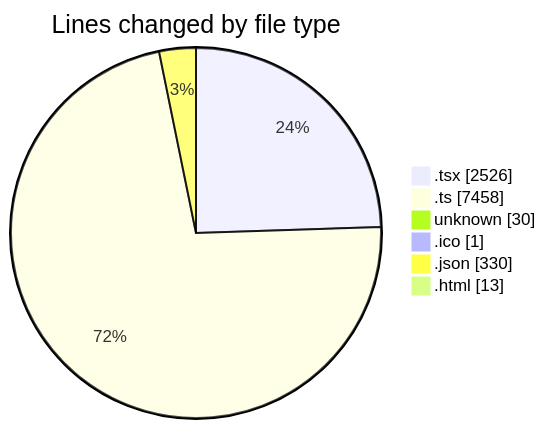
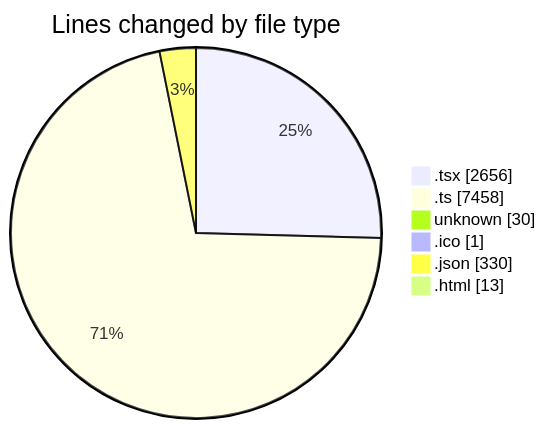
Before and after one commit to JenPaints/code-tracking: the first of 2 diagrams in 2025-06-20/modeljsondesigner/README.md, drawn with Mermaid. The commit also changed other lines of this file and 1 other file, not shown here.

````diff
--- a/2025-06-20/modeljsondesigner/README.md
+++ b/2025-06-20/modeljsondesigner/README.md
@@ -34,10 +34,10 @@
 ```mermaid
 pie showData
 title Lines changed by file type
-".tsx" : 2526
+".tsx" : 2656
 ".ts" : 7458
 "unknown" : 30
 ".ico" : 1
 ".json" : 330
 ".html" : 13
 ```
````
